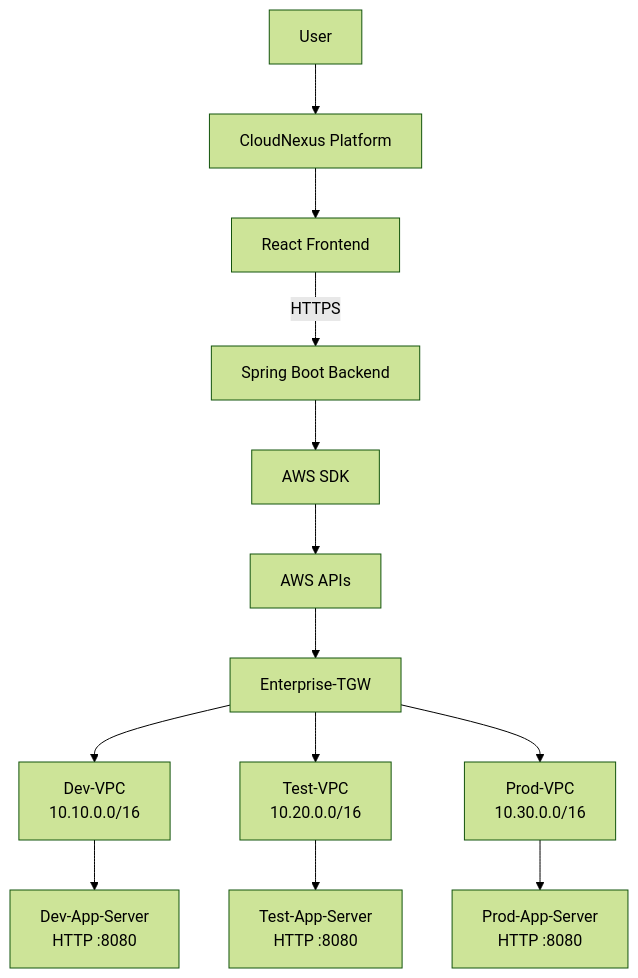
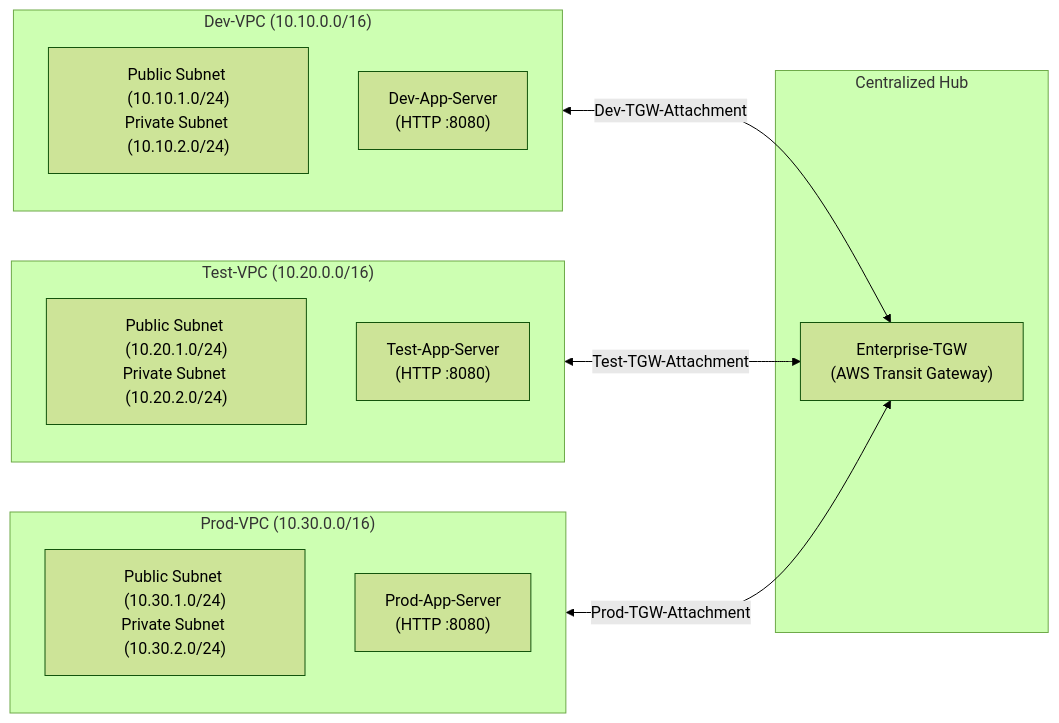
The second of 3 diagrams in README.md (nikhila9876/Transit-Gateway-Hub), drawn with Mermaid (forest theme) before and after one commit. The commit also changed other lines of this file and 3 other files, not shown here.

````diff
--- a/README.md
+++ b/README.md
@@ -26,15 +105,25 @@
 ```mermaid
-flowchart TD
-    User[User] --> Platform[CloudNexus Platform]
-    Platform --> React[React Frontend]
-    React -->|HTTPS| Backend[Spring Boot Backend]
-    Backend --> SDK[AWS SDK]
-    SDK --> AWS[AWS APIs]
-    AWS --> TGW[Enterprise-TGW]
-    TGW --> Dev[Dev-VPC\n10.10.0.0/16]
-    TGW --> Test[Test-VPC\n10.20.0.0/16]
-    TGW --> Prod[Prod-VPC\n10.30.0.0/16]
-    Dev --> DevEC2[Dev-App-Server\nHTTP :8080]
-    Test --> TestEC2[Test-App-Server\nHTTP :8080]
-    Prod --> ProdEC2[Prod-App-Server\nHTTP :8080]
+flowchart LR
+    subgraph DevVPC ["Dev-VPC (10.10.0.0/16)"]
+        DevSub["Public Subnet (10.10.1.0/24)\nPrivate Subnet (10.10.2.0/24)"]
+        DevEC2["Dev-App-Server\n(HTTP :8080)"]
+    end
+
+    subgraph TestVPC ["Test-VPC (10.20.0.0/16)"]
+        TestSub["Public Subnet (10.20.1.0/24)\nPrivate Subnet (10.20.2.0/24)"]
+        TestEC2["Test-App-Server\n(HTTP :8080)"]
+    end
+
+    subgraph ProdVPC ["Prod-VPC (10.30.0.0/16)"]
+        ProdSub["Public Subnet (10.30.1.0/24)\nPrivate Subnet (10.30.2.0/24)"]
+        ProdEC2["Prod-App-Server\n(HTTP :8080)"]
+    end
+
+    subgraph Hub ["Centralized Hub"]
+        TGW["Enterprise-TGW\n(AWS Transit Gateway)"]
+    end
+
+    DevVPC <-->|Dev-TGW-Attachment| TGW
+    TestVPC <-->|Test-TGW-Attachment| TGW
+    ProdVPC <-->|Prod-TGW-Attachment| TGW
 ```
````
